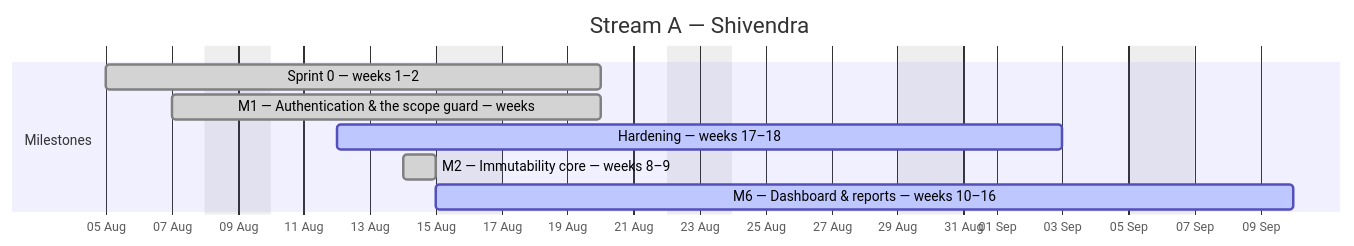
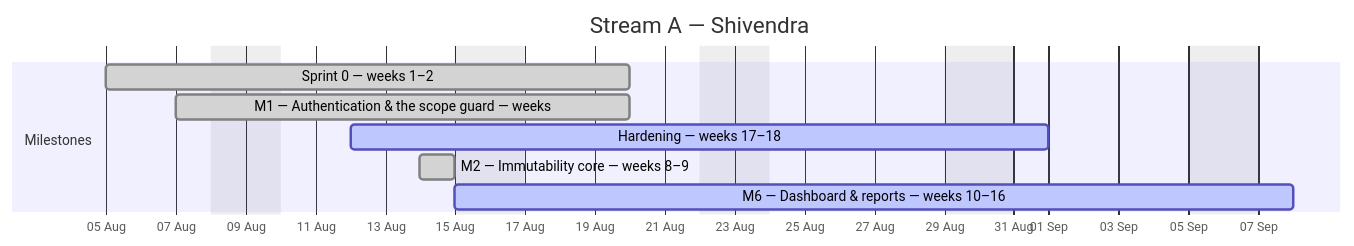
One commit to debashisedunext/EduTrack changed the first of 4 diagrams in docs/plan/GANTT.md. Above: the diagram before and after it, drawn with Mermaid. The commit also changed other lines of this file and 3 other files, not shown here.

````diff
--- a/docs/plan/GANTT.md
+++ b/docs/plan/GANTT.md
@@ -89,13 +88,13 @@
 ```mermaid
 gantt
     dateFormat YYYY-MM-DD
     axisFormat %d %b
     title Stream A — Shivendra
     excludes weekends
     section Milestones
     Sprint 0 — weeks 1–2 :done, a0, 2026-08-05, 11d
     M1 — Authentication & the scope guard — weeks :done, a1, 2026-08-07, 9d
-    Hardening — weeks 17–18 :active, a2, 2026-08-12, 16d
+    Hardening — weeks 17–18 :active, a2, 2026-08-12, 14d
     M2 — Immutability core — weeks 8–9 :done, a3, 2026-08-14, 1d
-    M6 — Dashboard & reports — weeks 10–16 :active, a4, 2026-08-15, 19d
+    M6 — Dashboard & reports — weeks 10–16 :active, a4, 2026-08-15, 17d
 ```
````
